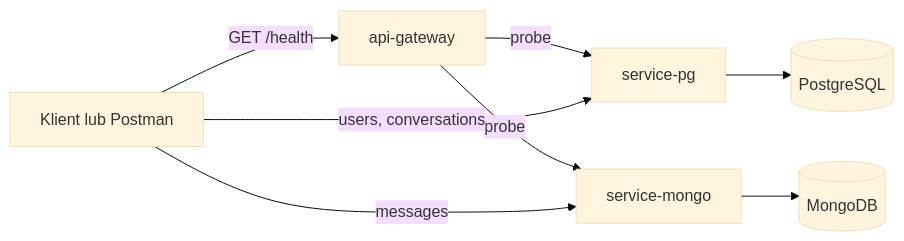
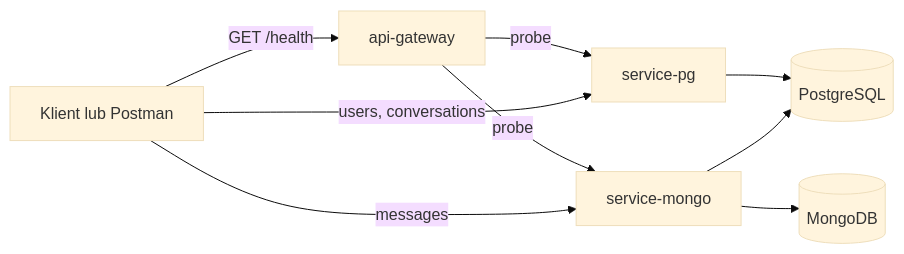
Before and after one commit to TomaszDylik/database-faculty: the diagram in README.md, drawn with Mermaid (base theme). The commit also changed other lines of this file and 9 other files, not shown here.

Commit message:
feat: add hybrid message in service-mongo

````diff
--- a/README.md
+++ b/README.md
@@ -100,19 +102,20 @@
 ```mermaid
 flowchart LR
 		Client[Klient lub Postman]
 		Gateway[api-gateway]
 		ServicePg[service-pg]
 		ServiceMongo[service-mongo]
 		Postgres[(PostgreSQL)]
 		Mongo[(MongoDB)]
 
 		Client -->|GET /health| Gateway
 		Gateway -->|probe| ServicePg
 		Gateway -->|probe| ServiceMongo
 
 		Client -->|users, conversations| ServicePg
 		Client -->|messages| ServiceMongo
 
 		ServicePg --> Postgres
 		ServiceMongo --> Mongo
+		ServiceMongo --> Postgres
 ```
````
